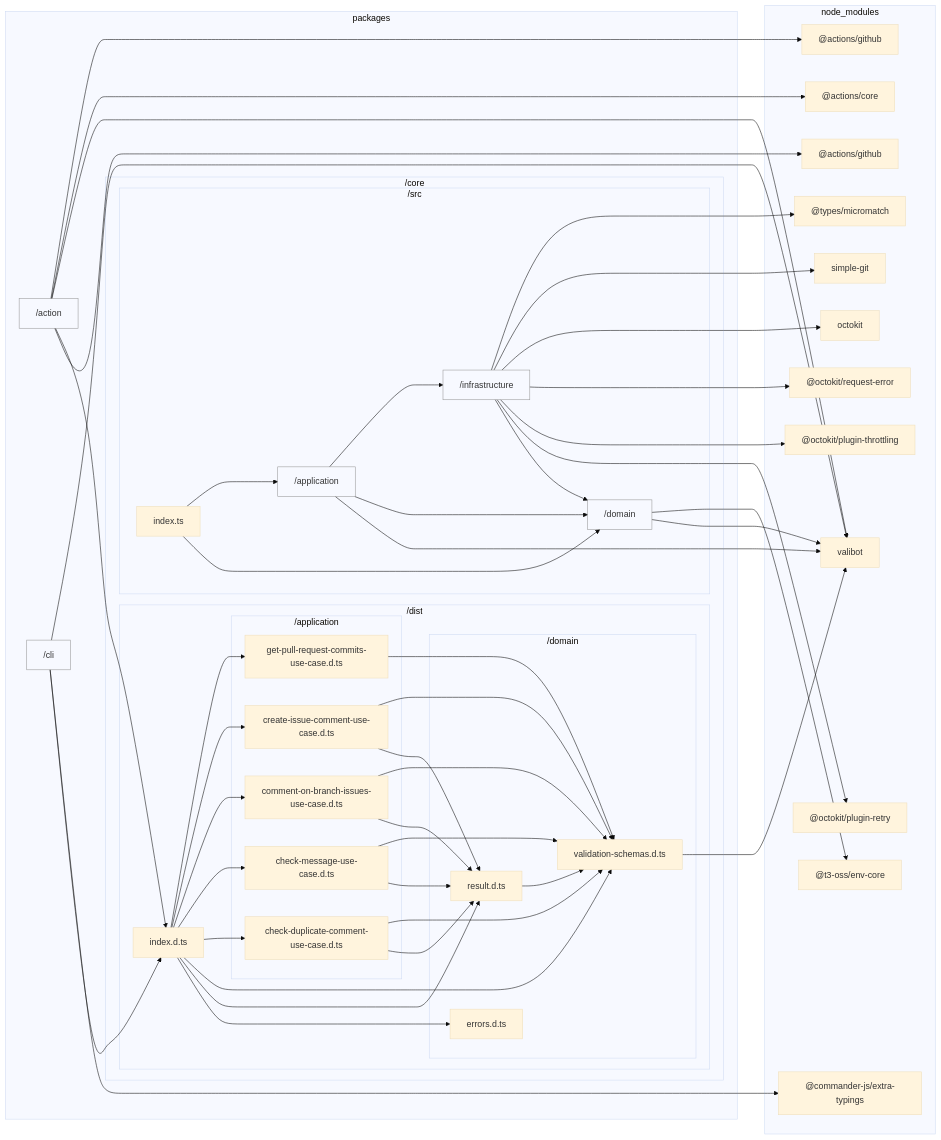
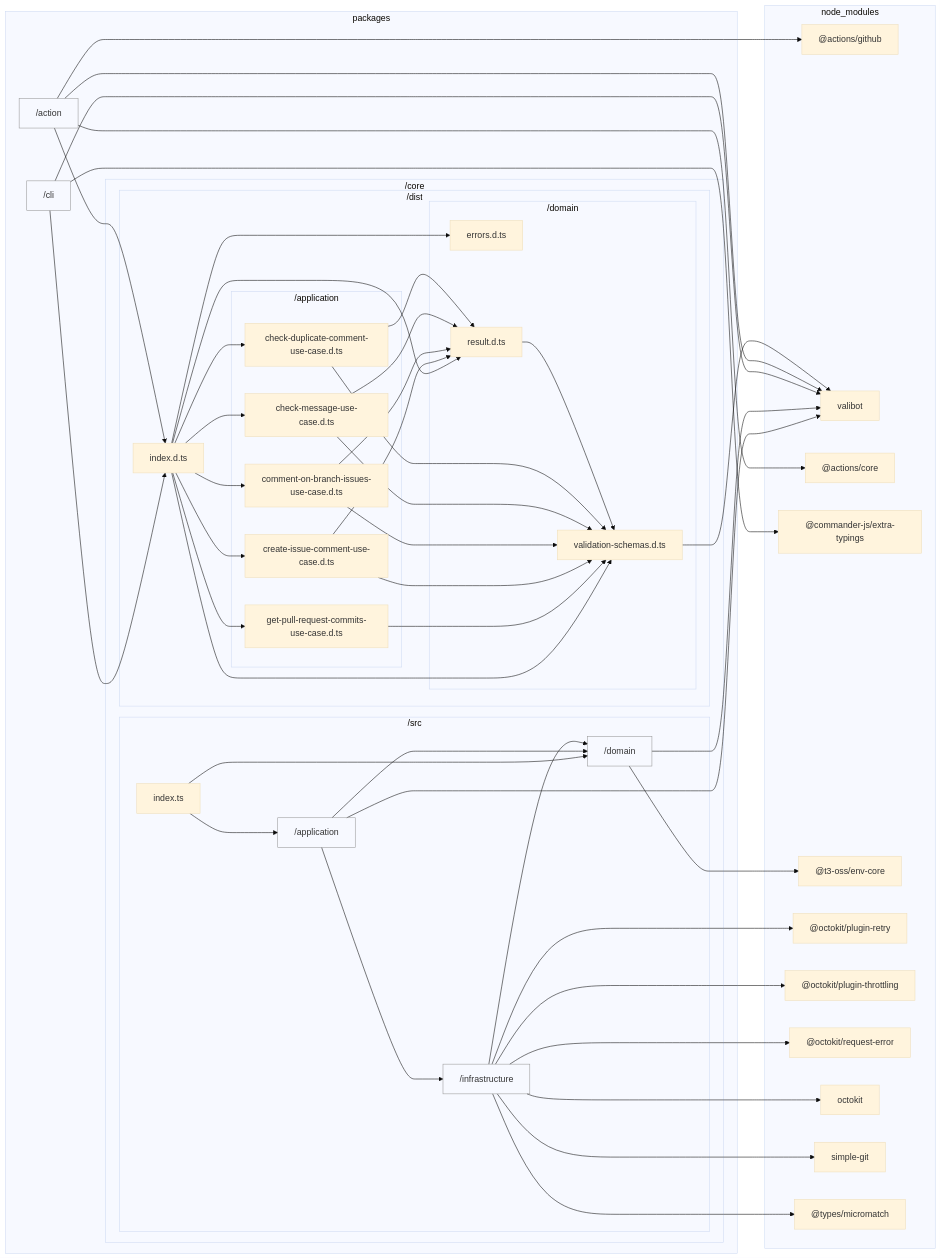
The diagram in docs/reports/dependencies/core-architecture.md (sugurutakahashi-1234/issue-linker), drawn with Mermaid (base theme) before and after one commit. The commit also changed 16 other files, not shown here.

```diff
--- a/docs/reports/dependencies/core-architecture.md
+++ b/docs/reports/dependencies/core-architecture.md
@@ -35,20 +35,19 @@
         end
     end
     subgraph node//modules["node_modules"]
-        node//modules///actions/github/lib/context.d.ts["@actions/github"]
+        node//modules///actions/github/lib/github.d.ts["@actions/github"]
         node//modules/valibot/dist/index.d.cts["valibot"]
         node//modules///actions/core/lib/core.d.ts["@actions/core"]
-        node//modules///actions/github/lib/github.d.ts["@actions/github"]
         node//modules///commander//js/extra//typings/index.d.ts["@commander-js/extra-typings"]
         node//modules///t3//oss/env//core/dist/index.d.ts["@t3-oss/env-core"]
         node//modules///octokit/plugin//retry/dist//types/index.d.ts["@octokit/plugin-retry"]
         node//modules///octokit/plugin//throttling/dist//types/index.d.ts["@octokit/plugin-throttling"]
         node//modules///octokit/request//error/dist//types/index.d.ts["@octokit/request-error"]
         node//modules/octokit/dist//types/index.d.ts["octokit"]
-        node//modules/simple//git/dist/typings/index.d.ts["simple-git"]
+        node//modules/simple//git/dist/index.d.ts["simple-git"]
         node//modules///types/micromatch/index.d.ts["@types/micromatch"]
     end
-    packages/action-->node//modules///actions/github/lib/context.d.ts
+    packages/action-->node//modules///actions/github/lib/github.d.ts
     packages/core/dist/domain/validation//schemas.d.ts-->node//modules/valibot/dist/index.d.cts
     packages/core/dist/domain/result.d.ts-->packages/core/dist/domain/validation//schemas.d.ts
     packages/core/dist/application/check//duplicate//comment//use//case.d.ts-->packages/core/dist/domain/result.d.ts
@@ -71,7 +70,6 @@
     packages/action-->packages/core/dist/index.d.ts
     packages/action-->node//modules/valibot/dist/index.d.cts
     packages/action-->node//modules///actions/core/lib/core.d.ts
-    packages/action-->node//modules///actions/github/lib/github.d.ts
     packages/cli-->packages/core/dist/index.d.ts
     packages/cli-->node//modules///commander//js/extra//typings/index.d.ts
     packages/cli-->node//modules/valibot/dist/index.d.cts
@@ -85,7 +83,7 @@
     packages/core/src/application-->node//modules/valibot/dist/index.d.cts
     packages/core/src/application-->packages/core/src/domain
     packages/core/src/application-->packages/core/src/infrastructure
-    packages/core/src/infrastructure-->node//modules/simple//git/dist/typings/index.d.ts
+    packages/core/src/infrastructure-->node//modules/simple//git/dist/index.d.ts
     packages/core/src/infrastructure-->node//modules///types/micromatch/index.d.ts
     packages/core/src/index.ts-->packages/core/src/domain
     packages/core/src/index.ts-->packages/core/src/application
```
